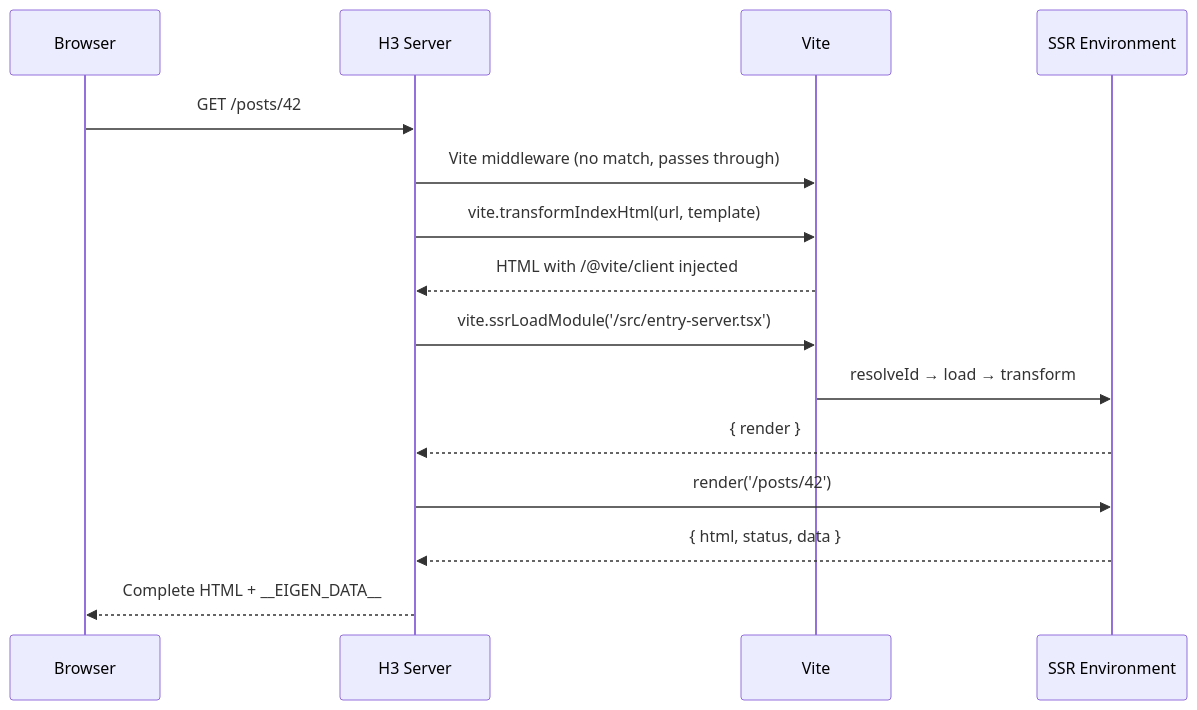
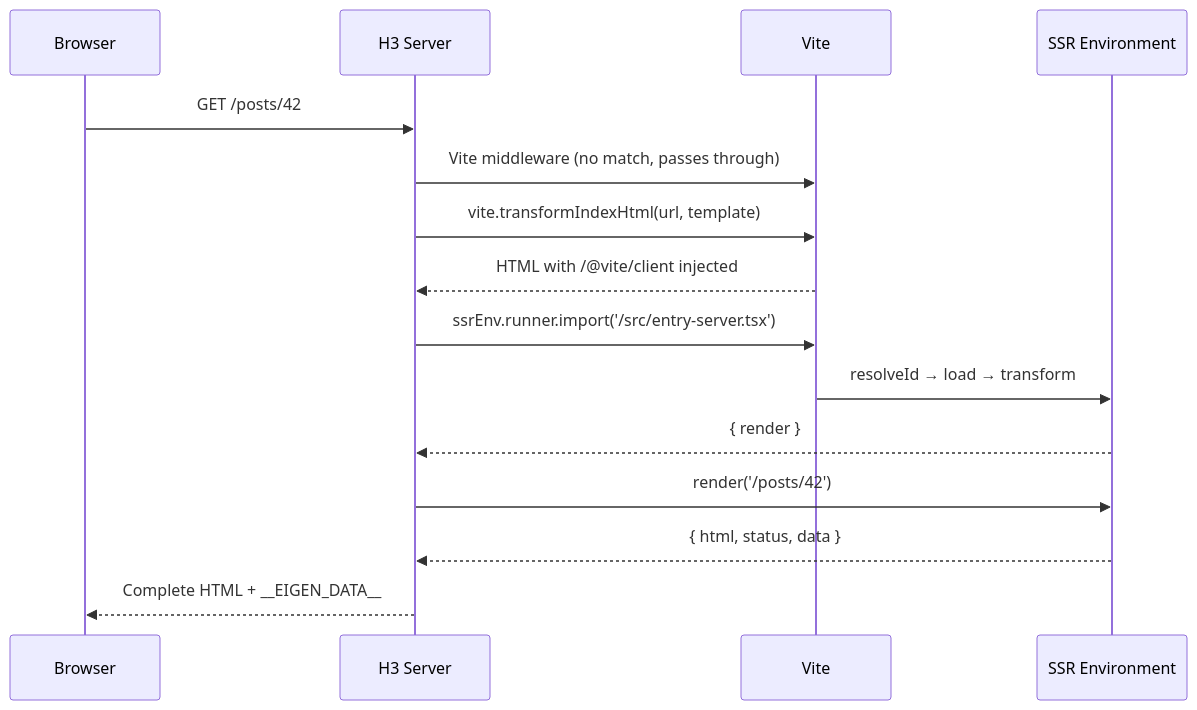
The diagram in apps/tutorial/src/content/03-server-side-rendering.mdx (adamhake/eigen), drawn with Mermaid before and after one commit. The commit also changed other lines of this file and 42 other files, not shown here.

````diff
--- a/apps/tutorial/src/content/03-server-side-rendering.mdx
+++ b/apps/tutorial/src/content/03-server-side-rendering.mdx
@@ -28,18 +27,18 @@
 ```mermaid
 sequenceDiagram
     participant Browser
     participant H3 as H3 Server
     participant Vite
     participant SSR as SSR Environment
 
     Browser->>H3: GET /posts/42
     H3->>Vite: Vite middleware (no match, passes through)
     H3->>Vite: vite.transformIndexHtml(url, template)
     Vite-->>H3: HTML with /@vite/client injected
-    H3->>Vite: vite.ssrLoadModule('/src/entry-server.tsx')
+    H3->>Vite: ssrEnv.runner.import('/src/entry-server.tsx')
     Vite->>SSR: resolveId → load → transform
     SSR-->>H3: { render }
     H3->>SSR: render('/posts/42')
     SSR-->>H3: { html, status, data }
     H3-->>Browser: Complete HTML + __EIGEN_DATA__
 ```
````
